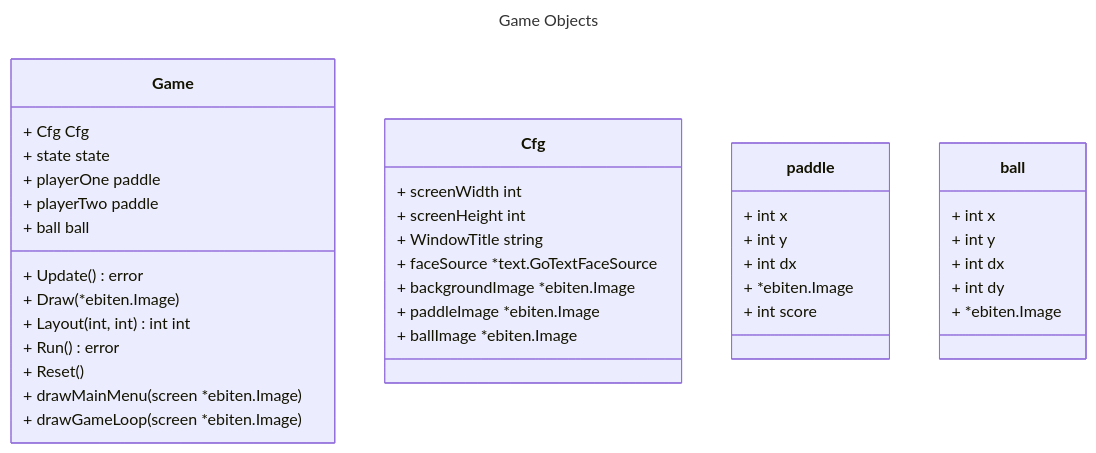
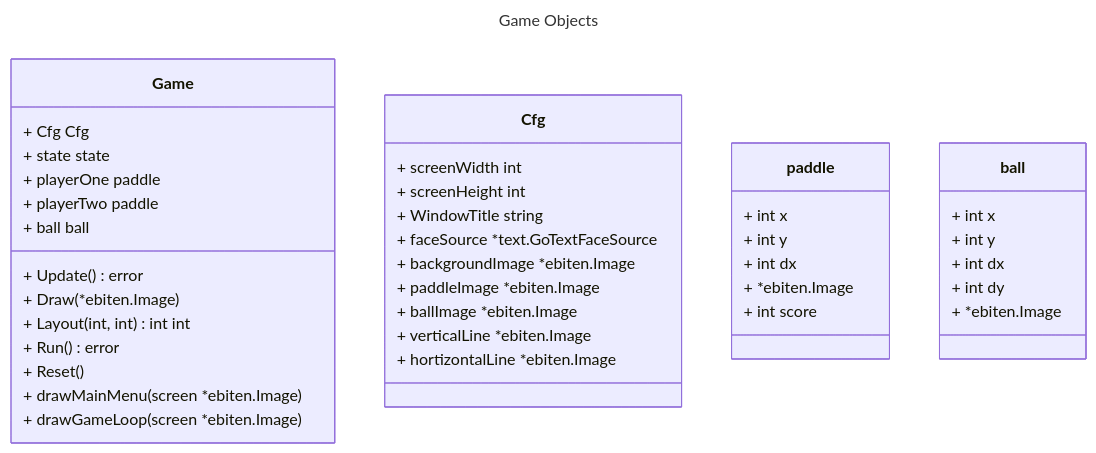
One commit to KalebHawkins/Pong changed the diagram in docs/GameObjects.md. Above: the diagram before and after it, drawn with Mermaid.

Commit message:
add horizontal and vertical Cfg members

````diff
--- a/docs/GameObjects.md
+++ b/docs/GameObjects.md
@@ -1,50 +1,52 @@
 ```mermaid
 ---
 title: Game Objects
 ---
 classDiagram
     class Game {
         + Cfg Cfg
 
         + state state
         + playerOne paddle
         + playerTwo paddle
         + ball ball
 
 
         + Update() error
         + Draw(*ebiten.Image)
         + Layout(int, int) int int
         + Run() error
         + Reset()
         + drawMainMenu(screen *ebiten.Image)
         + drawGameLoop(screen *ebiten.Image)
     }
 
     class Cfg {
         + screenWidth int
         + screenHeight int
         + WindowTitle string
         + faceSource *text.GoTextFaceSource
         + backgroundImage *ebiten.Image
         + paddleImage *ebiten.Image
         + ballImage *ebiten.Image
+        + verticalLine *ebiten.Image
+        + hortizontalLine *ebiten.Image
     }
 
     class paddle {
         + int x
         + int y
         + int dx
         + *ebiten.Image
         + int score
     }
 
     class ball {
         + int x
         + int y
         + int dx
         + int dy
         + *ebiten.Image
     }
 
 ```
````
